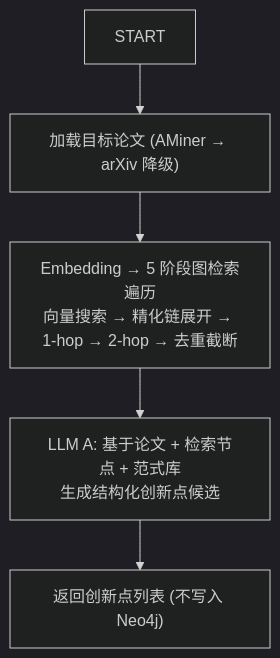
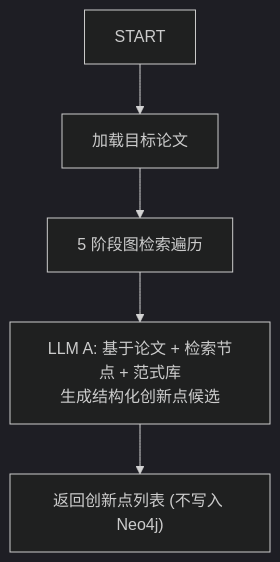
Before and after one commit to cheanus/IdeaForgeX: the second of 2 diagrams in docs/design.md, drawn with Mermaid (dark theme). The commit also changed other lines of this file and 7 other files, not shown here.

````diff
--- a/docs/design.md
+++ b/docs/design.md
@@ -175,8 +84,8 @@
 ```mermaid
 flowchart TD
     S["START"]
-    S --> P1["加载目标论文 (AMiner → arXiv 降级)"]
-    P1 --> P2["Embedding → 5 阶段图检索遍历<br/>向量搜索 → 精化链展开 → 1-hop → 2-hop → 去重截断"]
+    S --> P1["加载目标论文"]
+    P1 --> P2["5 阶段图检索遍历"]
     P2 --> P3["LLM A: 基于论文 + 检索节点 + 范式库<br/>生成结构化创新点候选"]
     P3 --> O["返回创新点列表 (不写入 Neo4j)"]
 ```
````
